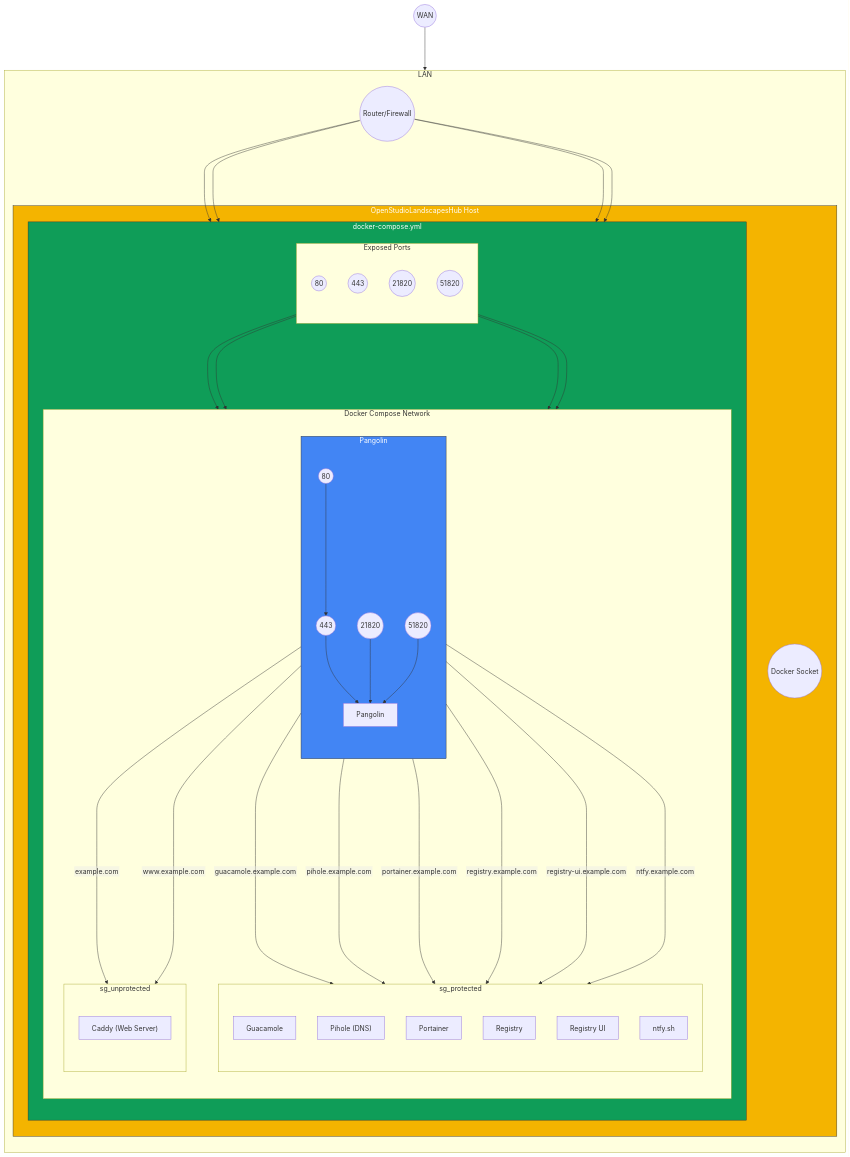
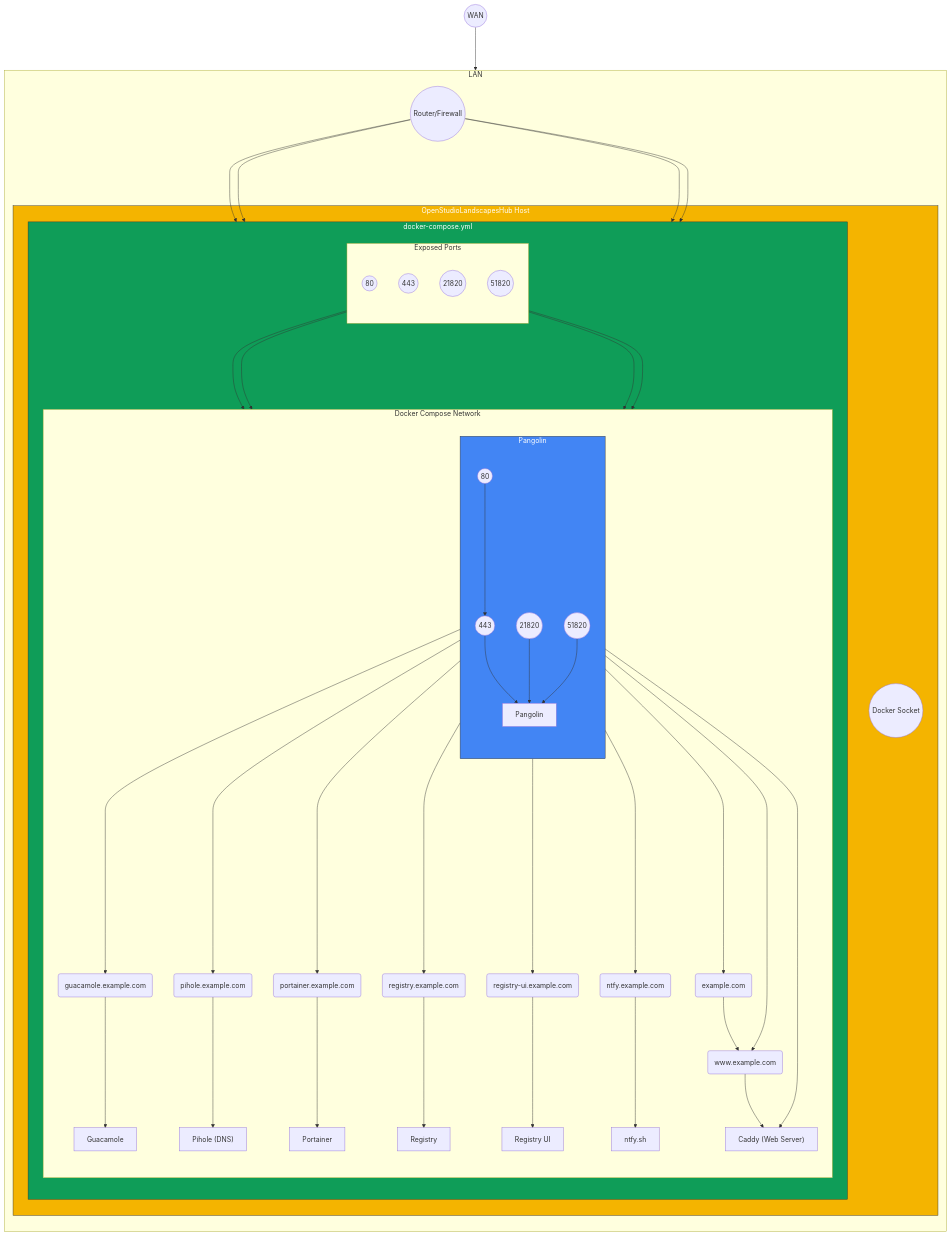
Before and after one commit to michimussato/OpenStudioLandscapesHub: the diagram in README.md, drawn with Mermaid. The commit also changed other lines of this file, not shown here.

````diff
--- a/README.md
+++ b/README.md
@@ -88,9 +85,7 @@
 ---
 flowchart TB
     wan(("`WAN`"))
-    %%newLines["`Line1
-    %%Line 2
-    %%Line 3`"]
+    
     subgraph "LAN"
         direction TB
         router(("`Router/Firewall`"))
@@ -101,10 +96,8 @@
                 
                 subgraph "Exposed Ports"
                     direction TB
-                    %%port_53(("53"))
                     port_80(("80"))
                     port_443(("443"))
-                    %%%port_5000(("5000"))
                     port_21820(("21820"))
                     port_51820(("51820"))
                 end
@@ -114,41 +107,29 @@
                     
                     subgraph sg_pangolin[Pangolin]
                         direction TB
-                        
-                        %%subgraph Traefik 
-                        %%    domain["`example.com`"]
-                        %%    www_domain["`www.example.com`"]
-                        %%    pangolin_domain["`pangolin.example.com`"]
-                        %%    guacamole_domain["`guacamole.example.com`"]
-                        %%    pihole_domain["`pihole.example.com`"]
-                        %%    portainer_domain["`portainer.example.com`"]
-                        %%    ntfy_domain["`ntfy.example.com`"]
-                        %%end
-                        %%traefik["`Traefik`"]
-                        %%port_53(("53"))
                         pangolin_port_80(("80"))
                         pangolin_port_443(("443"))
-                        %%%port_5000(("5000"))
                         pangolin_port_21820(("21820"))
                         pangolin_port_51820(("51820"))
                         pangolin["`Pangolin`"]
-                        %%gerbil["`Gerbil`"]
                     end
                     
-                    subgraph sg_protected
-                        direction TB
-                        guacamole["`Guacamole`"]
-                        pihole["`Pihole (DNS)`"]
-                        portainer["`Portainer`"]
-                        registry["`Registry`"]
-                        registry-ui["`Registry UI`"]
-                        ntfy["`ntfy.sh`"]
-                    end
+                    guacamole_example_com("`guacamole.example.com`")
+                    pihole_example_com("`pihole.example.com`")
+                    portainer_example_com("`portainer.example.com`")
+                    registry_example_com("`registry.example.com`")
+                    registry_ui_example_com("`registry-ui.example.com`")
+                    ntfy_example_com("`ntfy.example.com`")
+                    guacamole["`Guacamole`"]
+                    pihole["`Pihole (DNS)`"]
+                    portainer["`Portainer`"]
+                    registry["`Registry`"]
+                    registry-ui["`Registry UI`"]
+                    ntfy["`ntfy.sh`"]
                     
-                    subgraph sg_unprotected 
-                        direction TB
-                        caddy["`Caddy (Web Server)`"]
-                    end
+                    example_com("`example.com`")
+                    www_example_com("`www.example.com`")
+                    caddy["`Caddy (Web Server)`"]
                 end
                 
             end
@@ -163,76 +144,39 @@
     port_443 ---> pangolin_port_443
     port_21820 ---> pangolin_port_21820
     port_51820 ---> pangolin_port_51820
-    %%port_80 -------> pangolin
-    %%port_443 -------> www_domain
-    %%port_443 -------> guacamole_domain
-    %%port_443 -------> portainer_domain
-    %%port_443 -------> ntfy_domain
-    %%port_443 -------> pihole_domain
-    %%domain ---> www_domain
-    %%pangolin -------> www_domain
-    %%port_443 -------> pangolin_domain
-    %%pangolin -------> caddy
-    %%pangolin ------> pangolin_domain
-    %%pangolin ------> guacamole_domain
-    %%pangolin ------> portainer_domain
-    %%pangolin ------> ntfy_domain
-    %%pangolin ------> pihole_domain
-    
-    %%port_21820 ---> pangolin
-    %%port_51820 ---> pangolin
     
     router ---> port_80
     router ---> port_443
     router ---> port_21820
     router ---> port_51820
     
-    %%port_80 --> port_443
-    
     pangolin_port_443 --> pangolin
     pangolin_port_21820 --> pangolin
     pangolin_port_51820 --> pangolin
     
-    pangolin -- guacamole.example.com -----> guacamole
-    %%port_80 ---> port_443
-    %%pangolin ------> port_443
-    pangolin -- pihole.example.com -----> pihole
-    pangolin -- portainer.example.com -----> portainer
-    pangolin -- registry.example.com -----> registry
-    pangolin -- registry-ui.example.com -----> registry-ui
-    pangolin -- ntfy.example.com -----> ntfy
-    pangolin -- example.com -----> caddy
-    pangolin -- www.example.com -----> caddy
+    pangolin -----> guacamole_example_com
+    guacamole_example_com ---> guacamole
     
-    %%port_443 --> example_com_internal
-    %%port_443 --> www_example_com_internal
-    %%example_com_internal --> www_example_com_internal
+    pangolin -----> pihole_example_com
+    pihole_example_com ---> pihole
     
-    %%pangolin --> www
-    %%www --> caddy
-    %%pangolin 
+    pangolin -----> portainer_example_com
+    portainer_example_com ---> portainer
     
-    %%wan -- example.com --> router
-    %%pangolin -- example.com ----> caddy
-    %%%%router -- 53 --> port_53
-    %%router -- 80 --> port_80
-    %%router -- 443 --> port_443
-    %%%%router -- 5000 --> port_5000
-    %%router -- 21820 --> port_21820
-    %%router -- 51820 --> port_51820
-    %%port_53 o-- 53 --o pihole
-    %%port_80 o-- 80 --o pangolin
-    %%port_443 o-- 443 --o pangolin
-    %%port_21820 o-- 21820 --o pangolin
-    %%port_51820 o-- 51820 --o pangolin
-    %%pangolin ----> guacamole
-    %%pangolin ----> portainer
-    %%pangolin ----> registry-ui
-    %%pangolin ----> pihole
-    %%pangolin ----> ntfy
-    %%registry-ui --> registry
-    %%port_5000 o-- 5000 --o registry
-    %%portainer o---o docker_sock
+    pangolin -----> registry_example_com
+    registry_example_com ---> registry
+    
+    pangolin -----> registry_ui_example_com
+    registry_ui_example_com ---> registry-ui
+    
+    pangolin -----> ntfy_example_com
+    ntfy_example_com ---> ntfy
+    
+    pangolin -----> example_com
+    pangolin -----> www_example_com
+    example_com --> www_example_com
+    www_example_com --> caddy
+    pangolin -----> caddy
     
     classDef blue fill:#4285f4,color:#fff,stroke:#333;
     classDef red fill:#db4437,color:#fff,stroke:#333;
@@ -240,6 +184,5 @@
     classDef green fill:#0f9d58,color:#fff,stroke:#333;
     class sg_pangolin blue
     class sg_compose green
-    %%class Network red
     class sg_host yellow
 ```
````
